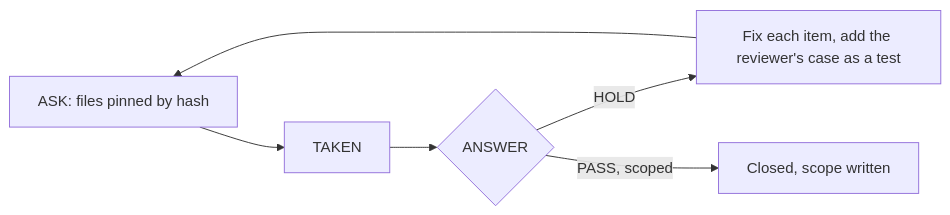
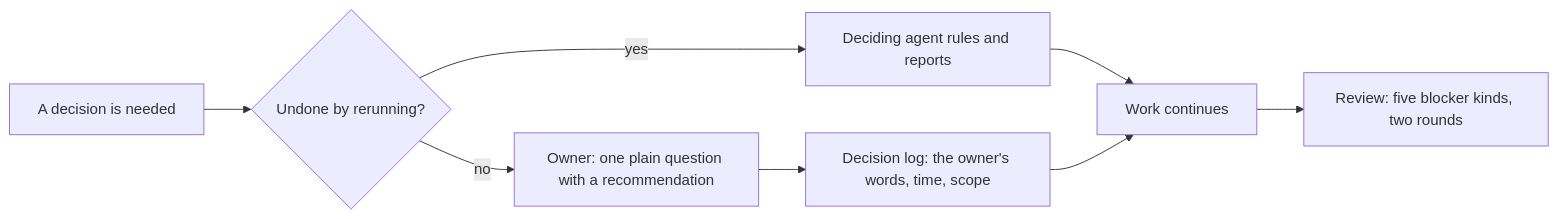
Diagram 18 of 20 in README.md (BorjaTR/Agentic-Trading-Desk), drawn with Mermaid before and after one commit. The commit also changed other lines of this file and 20 other files, not shown here.

````diff
--- a/README.md
+++ b/README.md
@@ -155,8 +596,10 @@
 ```mermaid
 flowchart LR
-  ASK["ASK: files pinned by hash"] --> TAKEN["TAKEN"]
-  TAKEN --> ANS{"ANSWER"}
-  ANS -->|"HOLD"| FIX["Fix each item, add the reviewer's case as a test"]
-  FIX --> ASK
-  ANS -->|"PASS, scoped"| DONE["Closed, scope written"]
+  A["A decision is needed"] --> Q{"Undone by rerunning?"}
+  Q -->|"yes"| D["Deciding agent rules and reports"]
+  Q -->|"no"| O["Owner: one plain question with a recommendation"]
+  O --> L["Decision log: the owner's words, time, scope"]
+  D --> W["Work continues"]
+  L --> W
+  W --> R["Review: five blocker kinds, two rounds"]
 ```
````
